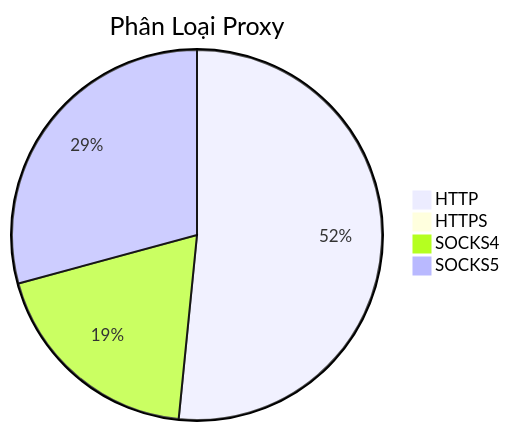
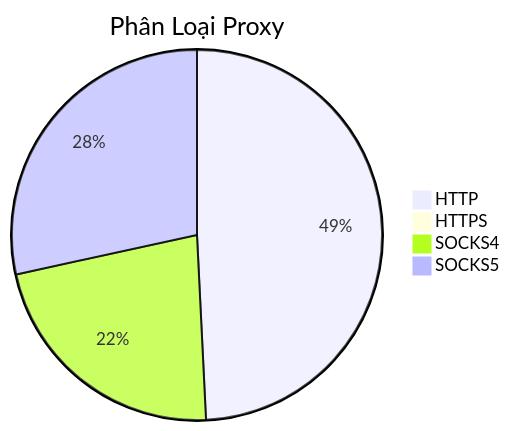
Before and after one commit to Ciara-12/PROXY-free: the diagram in README.md, drawn with Mermaid. The commit also changed other lines of this file and 3 other files, not shown here.

````diff
--- a/README.md
+++ b/README.md
@@ -26,7 +26,7 @@
 ```mermaid
 pie title Phân Loại Proxy
-    "HTTP" : 685
+    "HTTP" : 601
     "HTTPS" : 0
-    "SOCKS4" : 255
-    "SOCKS5" : 388
+    "SOCKS4" : 273
+    "SOCKS5" : 347
 ```
````
